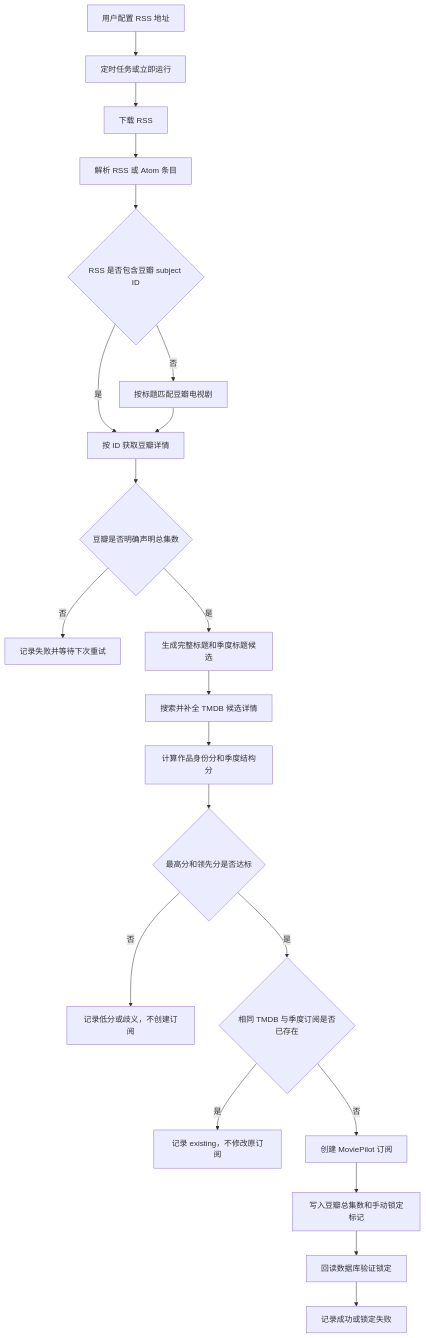
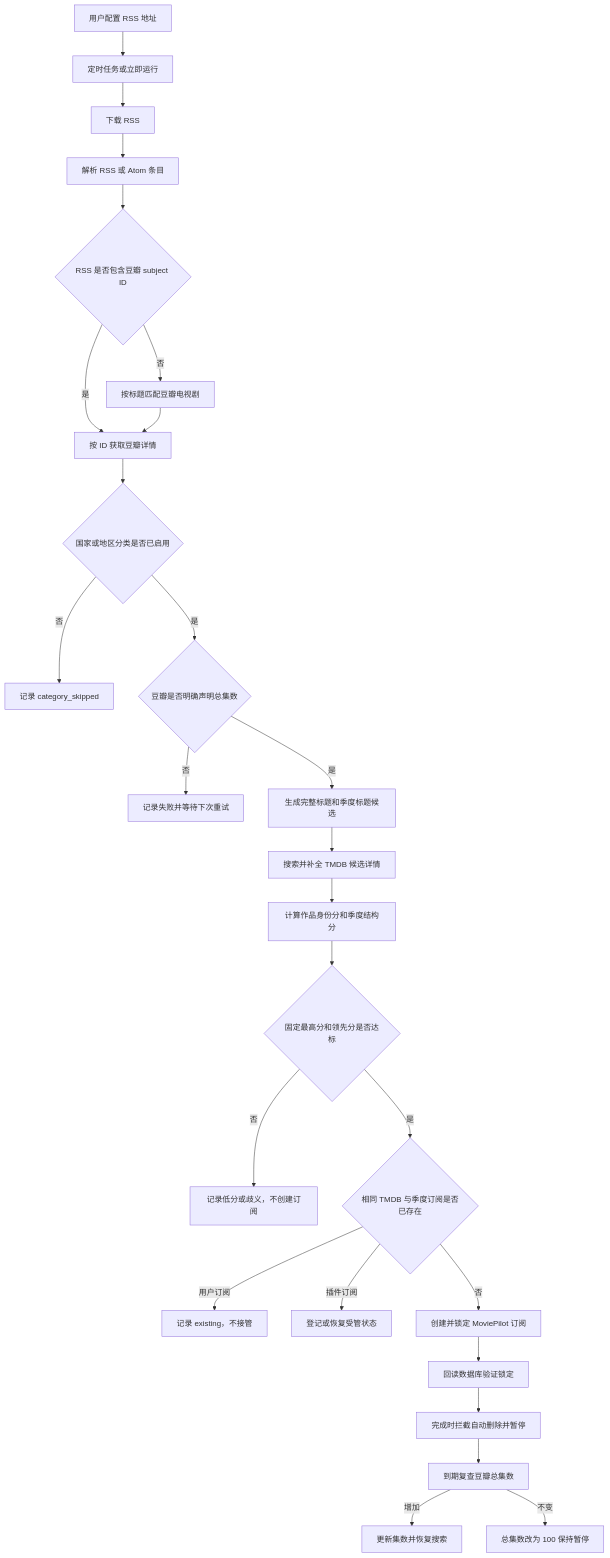
The diagram in 开发交接文档.md (tony3080/MoviePilot-Plugins1), drawn with Mermaid before and after one commit. The commit also changed other lines of this file and 9 other files, not shown here.

````diff
--- a/开发交接文档.md
+++ b/开发交接文档.md
@@ -110,23 +116,28 @@
 ```mermaid
 flowchart TD
     A[用户配置 RSS 地址] --> B[定时任务或立即运行]
     B --> C[下载 RSS]
     C --> D[解析 RSS 或 Atom 条目]
     D --> E{RSS 是否包含豆瓣 subject ID}
     E -->|是| F[按 ID 获取豆瓣详情]
     E -->|否| G[按标题匹配豆瓣电视剧]
     G --> F
-    F --> H{豆瓣是否明确声明总集数}
-    H -->|否| I[记录失败并等待下次重试]
-    H -->|是| J[生成完整标题和季度标题候选]
-    J --> K[搜索并补全 TMDB 候选详情]
-    K --> L[计算作品身份分和季度结构分]
-    L --> M{最高分和领先分是否达标}
-    M -->|否| N[记录低分或歧义，不创建订阅]
-    M -->|是| O{相同 TMDB 与季度订阅是否已存在}
-    O -->|是| P[记录 existing，不修改原订阅]
-    O -->|否| Q[创建 MoviePilot 订阅]
-    Q --> R[写入豆瓣总集数和手动锁定标记]
-    R --> S[回读数据库验证锁定]
-    S --> T[记录成功或锁定失败]
+    F --> H{国家或地区分类是否已启用}
+    H -->|否| I[记录 category_skipped]
+    H -->|是| J{豆瓣是否明确声明总集数}
+    J -->|否| K[记录失败并等待下次重试]
+    J -->|是| L[生成完整标题和季度标题候选]
+    L --> M[搜索并补全 TMDB 候选详情]
+    M --> N[计算作品身份分和季度结构分]
+    N --> O{固定最高分和领先分是否达标}
+    O -->|否| P[记录低分或歧义，不创建订阅]
+    O -->|是| Q{相同 TMDB 与季度订阅是否已存在}
+    Q -->|用户订阅| R[记录 existing，不接管]
+    Q -->|插件订阅| S[登记或恢复受管状态]
+    Q -->|否| T[创建并锁定 MoviePilot 订阅]
+    T --> U[回读数据库验证锁定]
+    U --> V[完成时拦截自动删除并暂停]
+    V --> W[到期复查豆瓣总集数]
+    W -->|增加| X[更新集数并恢复搜索]
+    W -->|不变| Y[总集数改为 100 保持暂停]
 ```
````
